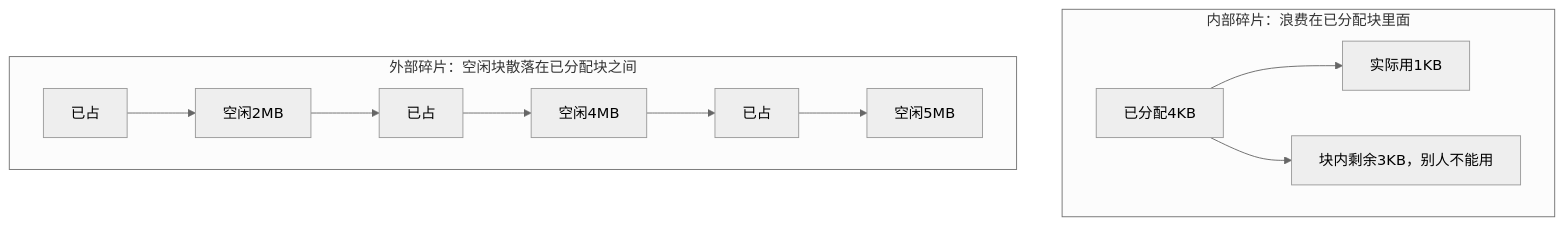
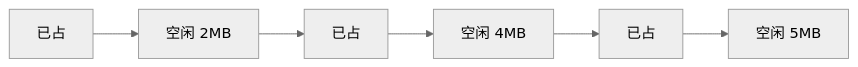
One commit to 74262195/system-architect-notes changed the second of 4 diagrams in 01_综合知识/01_计算机基础知识/02_操作系统/存储管理.md. Above: the diagram before and after it, drawn with Mermaid (neutral theme). The commit also changed other lines of this file, not shown here.

Commit message:
docs: split fragmentation diagrams for readability

````diff
--- a/01_综合知识/01_计算机基础知识/02_操作系统/存储管理.md
+++ b/01_综合知识/01_计算机基础知识/02_操作系统/存储管理.md
@@ -84,11 +96,4 @@
 ```mermaid
-flowchart TB
-  subgraph I[内部碎片：浪费在已分配块里面]
-    IA[已分配4KB] --> IB[实际用1KB]
-    IA --> IC[块内剩余3KB，别人不能用]
-  end
-
-  subgraph O[外部碎片：空闲块散落在已分配块之间]
-    O1[已占] --> O2[空闲2MB] --> O3[已占] --> O4[空闲4MB] --> O5[已占] --> O6[空闲5MB]
-  end
+flowchart LR
+  A[已占] --> B[空闲 2MB] --> C[已占] --> D[空闲 4MB] --> E[已占] --> F[空闲 5MB]
 ```
````
